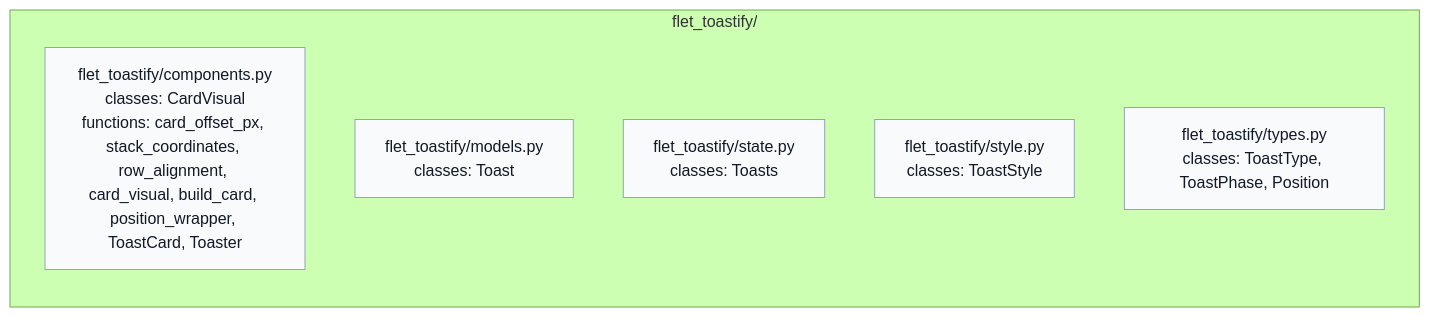
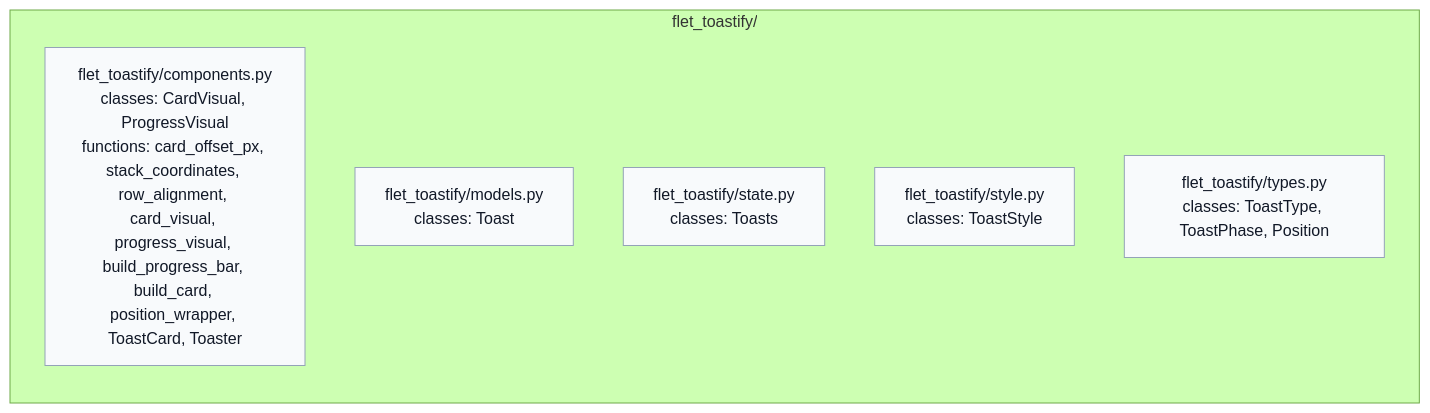
Before and after one commit to brunobrown/flet-toastify: the diagram in docs/assets/diagrams/generated/hierarchy.mmd, drawn with Mermaid (forest theme). The commit also changed 13 other files, not shown here.

Commit message:
feat: adiciona progress bar de auto-dismiss (estilo react-toastify)

```diff
--- a/docs/assets/diagrams/generated/hierarchy.mmd
+++ b/docs/assets/diagrams/generated/hierarchy.mmd
@@ -1,12 +1,12 @@
 flowchart TD
   %% flet-toastify generated architecture diagrams: module hierarchy
   subgraph node_1["flet_toastify/"]
     direction TD
-    node_2["flet_toastify/components.py<br/>classes: CardVisual<br/>functions: card_offset_px, stack_coordinates, row_alignment, card_visual, build_card, position_wrapper, ToastCard, Toaster"]:::module
+    node_2["flet_toastify/components.py<br/>classes: CardVisual, ProgressVisual<br/>functions: card_offset_px, stack_coordinates, row_alignment, card_visual, progress_visual, build_progress_bar, build_card, position_wrapper, ToastCard, Toaster"]:::module
     node_3["flet_toastify/models.py<br/>classes: Toast"]:::module
     node_4["flet_toastify/state.py<br/>classes: Toasts"]:::module
     node_5["flet_toastify/style.py<br/>classes: ToastStyle"]:::module
     node_6["flet_toastify/types.py<br/>classes: ToastType, ToastPhase, Position"]:::module
   end
 
   classDef module fill:#f8fafc,stroke:#94a3b8,color:#111827
```
